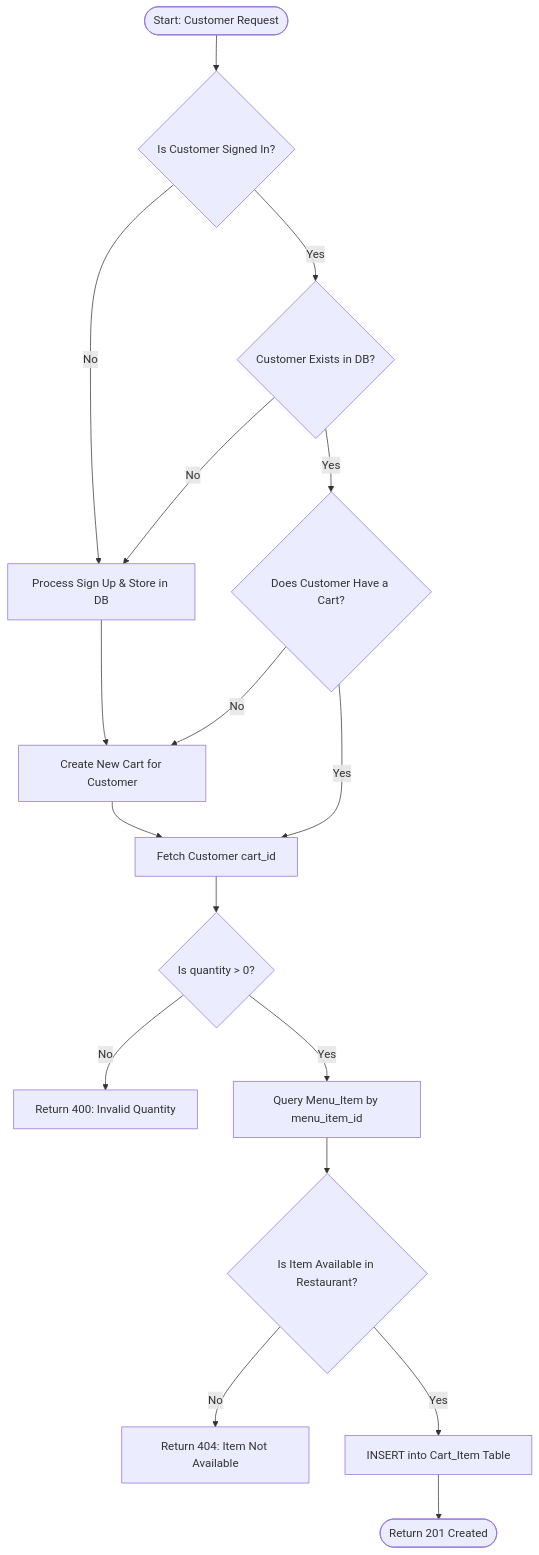
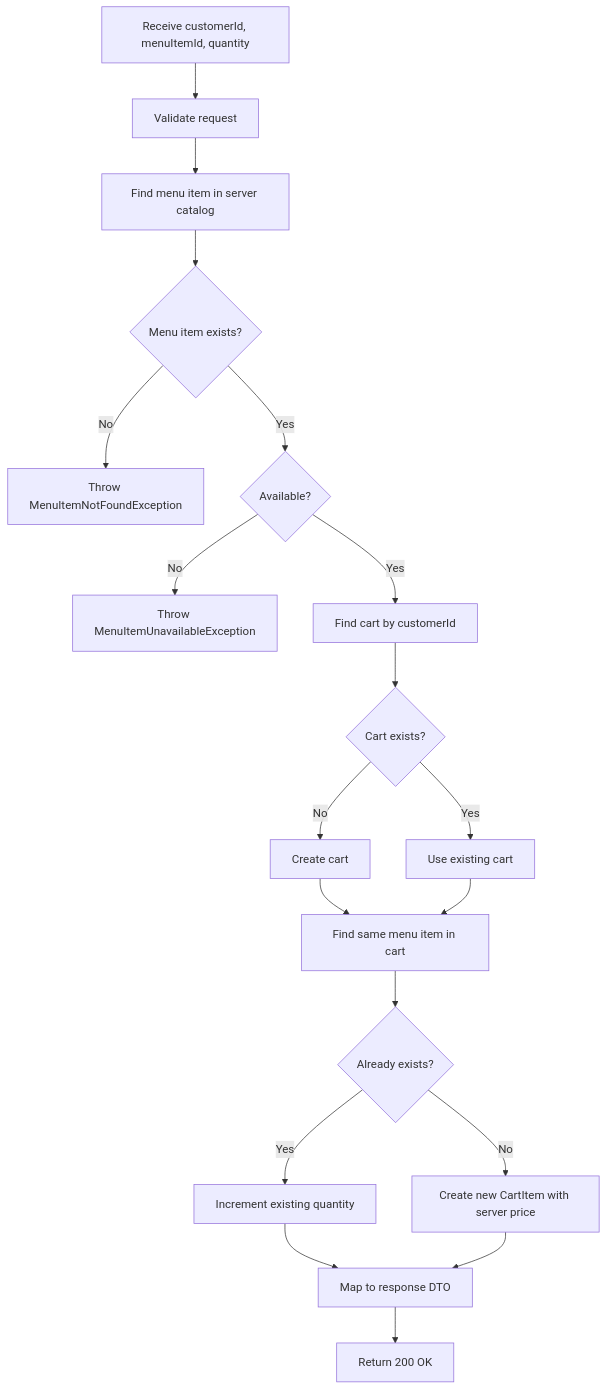
One commit to w2t-el-develop/food_delivery_api changed the sixth of 15 diagrams in README.md. Above: the diagram before and after it, drawn with Mermaid. The commit also changed other lines of this file, not shown here.

````diff
--- a/README.md
+++ b/README.md
@@ -54,26 +434,27 @@
 ```mermaid
 flowchart TD
-    Start([Start: Customer Request]) --> CheckAuth{Is Customer Signed In?}
-    
-    CheckAuth -- No --> SignUp[Process Sign Up & Store in DB] --> CreateCart[Create New Cart for Customer]
-    CheckAuth -- Yes --> VerifyCustomer{Customer Exists in DB?}
-    
-    VerifyCustomer -- No --> SignUp
-    VerifyCustomer -- Yes --> CheckCustomerCart{Does Customer Have a Cart?}
-    
-    CheckCustomerCart -- No --> CreateCart
-    CheckCustomerCart -- Yes --> GetCart[Fetch Customer cart_id]
-    CreateCart --> GetCart
-    
-    GetCart --> CheckQuantity{Is quantity > 0?}
-    
-    CheckQuantity -- No --> ErrQty[Return 400: Invalid Quantity]
-    CheckQuantity -- Yes --> CheckItem[Query Menu_Item by menu_item_id]
-    
-    CheckItem --> IsAvailable{Is Item Available in Restaurant?}
-    
-    IsAvailable -- No --> ErrItem[Return 404: Item Not Available]
-    IsAvailable -- Yes --> InsertCartItem[INSERT into Cart_Item Table]
-    
-    InsertCartItem --> Success([Return 201 Created])
+    A[Receive customerId, menuItemId, quantity] --> B[Validate request]
+    B --> C[Find menu item in server catalog]
+    C --> D{Menu item exists?}
+
+    D -- No --> E[Throw MenuItemNotFoundException]
+    D -- Yes --> F{Available?}
+
+    F -- No --> G[Throw MenuItemUnavailableException]
+    F -- Yes --> H[Find cart by customerId]
+
+    H --> I{Cart exists?}
+    I -- No --> J[Create cart]
+    I -- Yes --> K[Use existing cart]
+    J --> L[Find same menu item in cart]
+    K --> L
+
+    L --> M{Already exists?}
+    M -- Yes --> N[Increment existing quantity]
+    M -- No --> O[Create new CartItem with server price]
+
+    N --> P[Map to response DTO]
+    O --> P
+
+    P --> Q[Return 200 OK]
 ```
````
